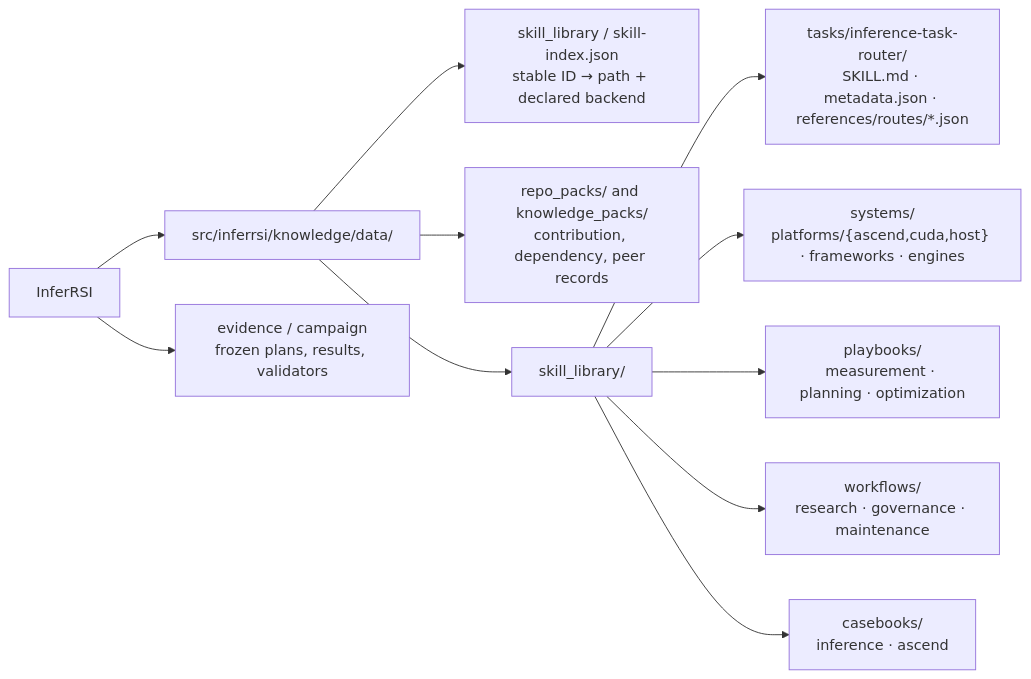
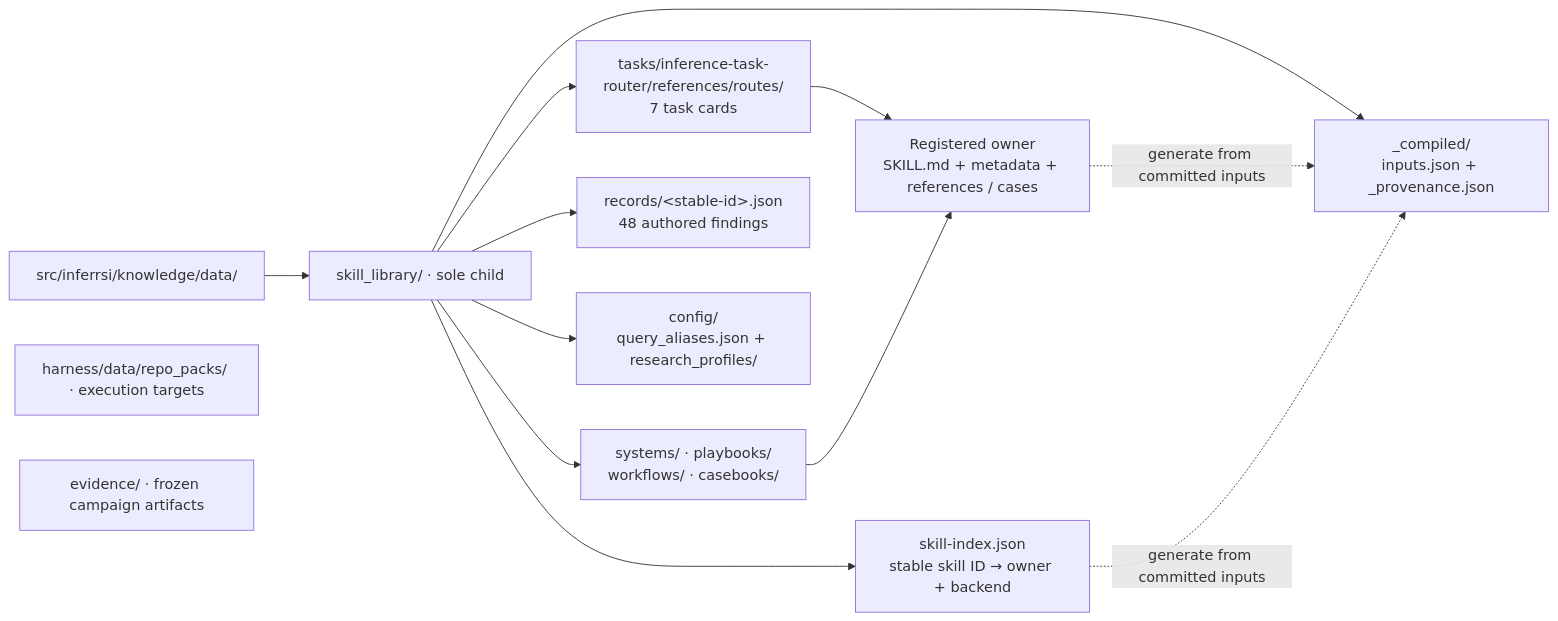
The second of 4 diagrams in docs/knowledge-layout.md (InferMatrixLab/InferRSI), drawn with Mermaid before and after one commit. The commit also changed other lines of this file and 185 other files, not shown here.

Commit message:
Unify knowledge resources under skill_library and assemble catalog views on read

````diff
--- a/docs/knowledge-layout.md
+++ b/docs/knowledge-layout.md
@@ -33,13 +26,14 @@
 ```mermaid
 flowchart LR
-    ROOT["InferRSI"] --> DATA["src/inferrsi/knowledge/data/"]
-    ROOT --> EV["evidence / campaign<br/>frozen plans, results, validators"]
-    DATA --> REG["skill_library / skill-index.json<br/>stable ID → path + declared backend"]
-    DATA --> SRC["repo_packs/ and knowledge_packs/<br/>contribution, dependency, peer records"]
-    DATA --> L["skill_library/"]
-    L --> T["tasks/inference-task-router/<br/>SKILL.md · metadata.json · references/routes/*.json"]
-    L --> S["systems/<br/>platforms/{ascend,cuda,host} · frameworks · engines"]
-    L --> P["playbooks/<br/>measurement · planning · optimization"]
-    L --> W["workflows/<br/>research · governance · maintenance"]
-    L --> C["casebooks/<br/>inference · ascend"]
+    D["src/inferrsi/knowledge/data/"] --> L["skill_library/ · sole child"]
+    L --> T["tasks/inference-task-router/references/routes/<br/>7 task cards"]
+    L --> S["systems/ · playbooks/<br/>workflows/ · casebooks/"]
+    T & S --> O["Registered owner<br/>SKILL.md + metadata + references / cases"]
+    L --> F["records/&lt;stable-id&gt;.json<br/>48 authored findings"]
+    L --> CFG["config/<br/>query_aliases.json + research_profiles/"]
+    L --> REG["skill-index.json<br/>stable skill ID → owner + backend"]
+    L --> BUILD["_compiled/<br/>inputs.json + _provenance.json"]
+    O & REG -.->|generate from committed inputs| BUILD
+    H["harness/data/repo_packs/ · execution targets"]
+    E["evidence/ · frozen campaign artifacts"]
 ```
````
